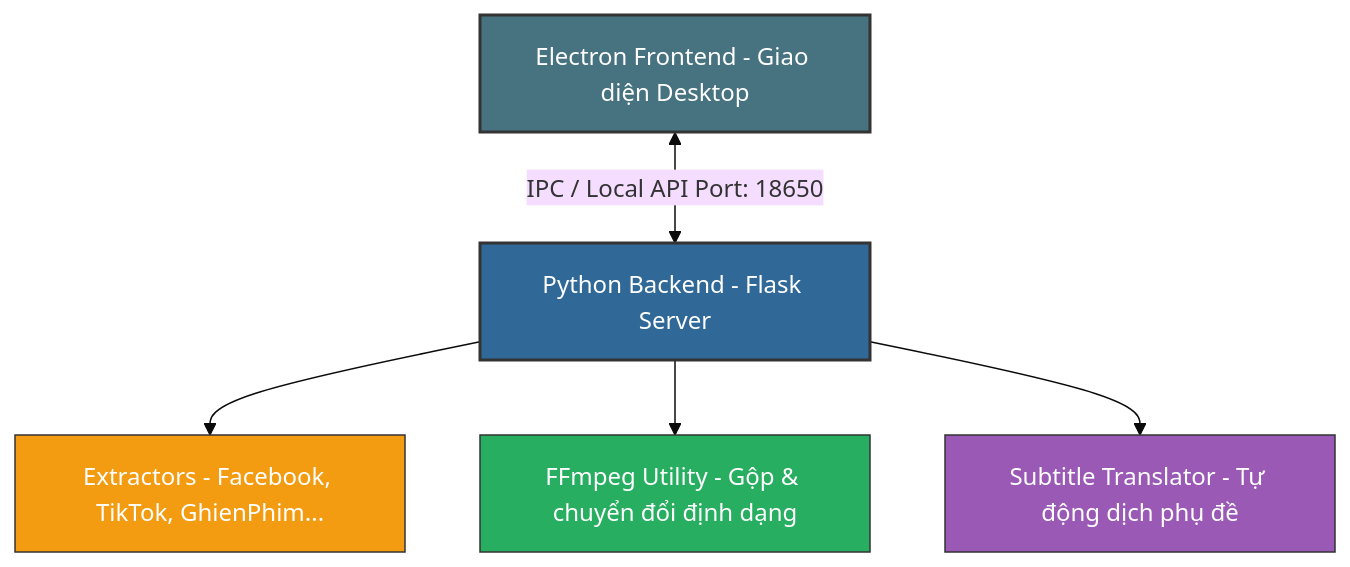
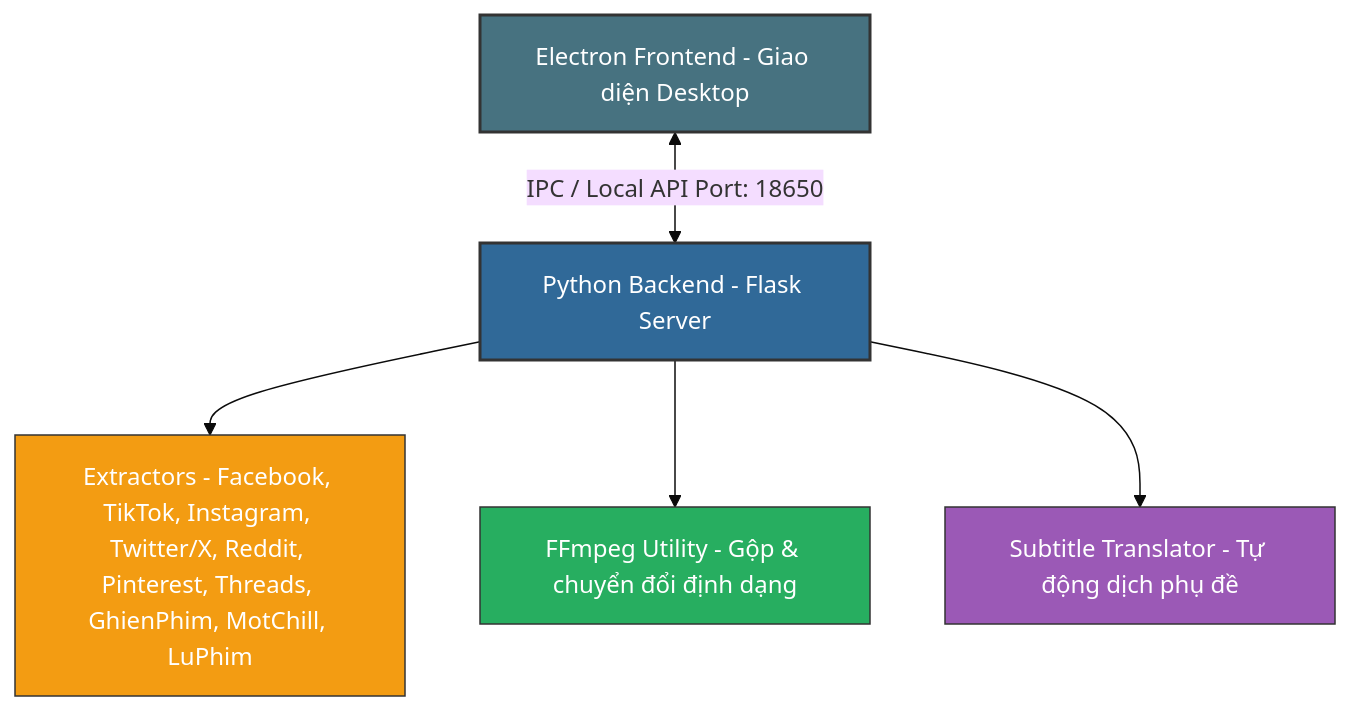
Before and after one commit to Meikova/meikova-harvest: the diagram in README.md, drawn with Mermaid (base theme). The commit also changed other lines of this file and 355 other files, not shown here.

````diff
--- a/README.md
+++ b/README.md
@@ -73,13 +79,13 @@
 ```mermaid
 graph TD
     A[Electron Frontend - Giao diện Desktop] <-->|IPC / Local API Port: 18650| B[Python Backend - Flask Server]
-    B --> C[Extractors - Facebook, TikTok, GhienPhim...]
+    B --> C[Extractors - Facebook, TikTok, Instagram, Twitter/X, Reddit, Pinterest, Threads, GhienPhim, MotChill, LuPhim]
     B --> D[FFmpeg Utility - Gộp & chuyển đổi định dạng]
     B --> E[Subtitle Translator - Tự động dịch phụ đề]
     
     style A fill:#477280,stroke:#333,stroke-width:2px,color:#fff
     style B fill:#306998,stroke:#333,stroke-width:2px,color:#fff
     style C fill:#f39c12,stroke:#333,stroke-width:1px,color:#fff
     style D fill:#27ae60,stroke:#333,stroke-width:1px,color:#fff
     style E fill:#9b59b6,stroke:#333,stroke-width:1px,color:#fff
 ```
````
